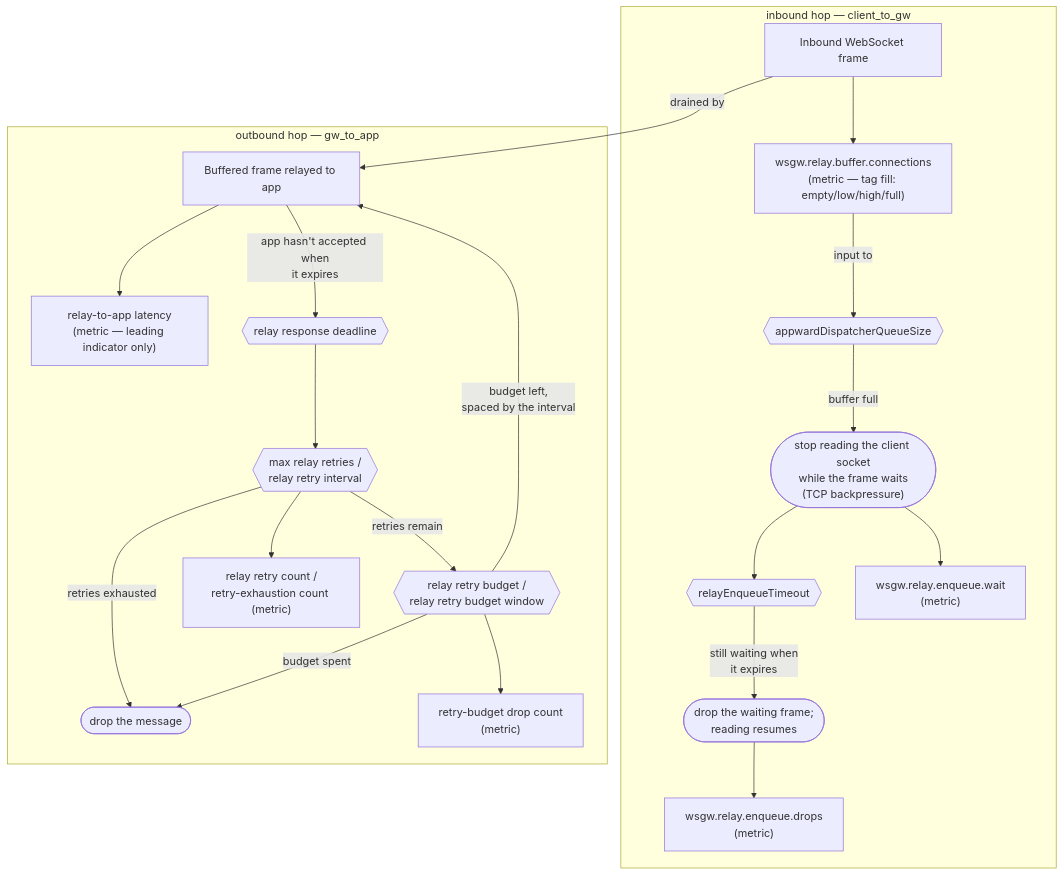
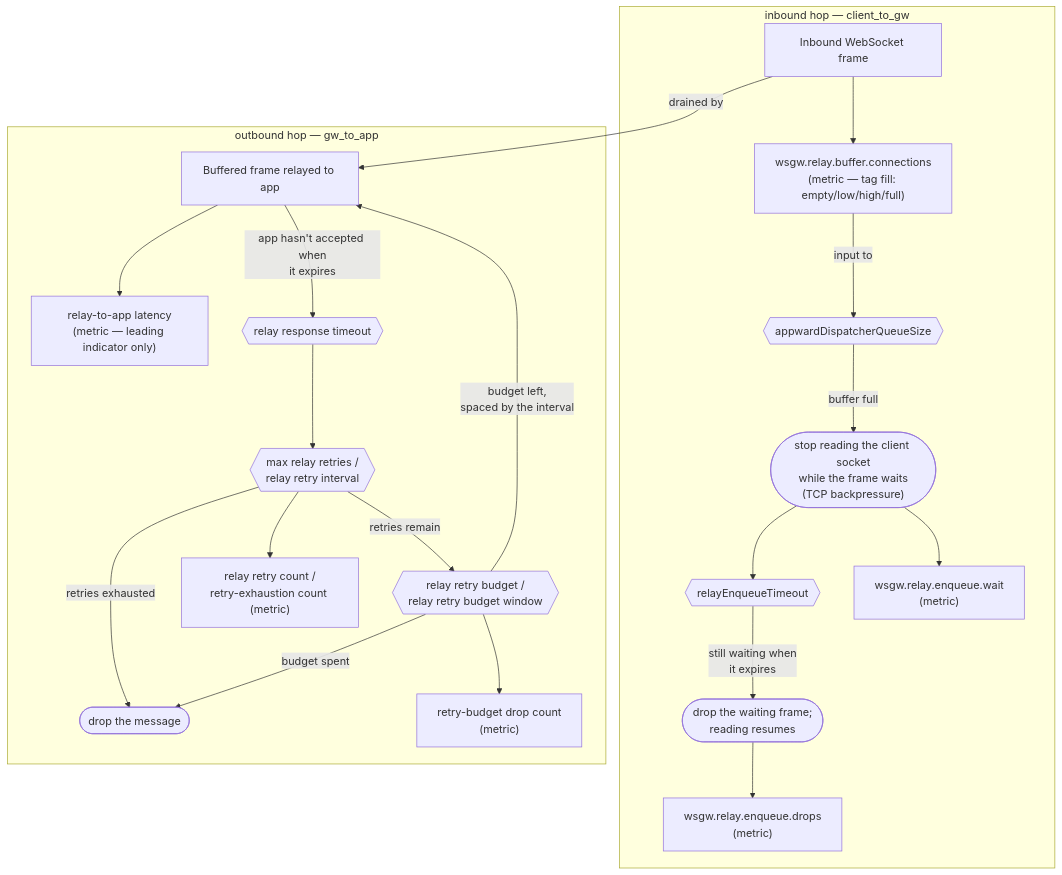
Before and after one commit to pdkovacs/wsgw-jakarta: the fourth of 4 diagrams in docs/backpressure.md, drawn with Mermaid. The commit also changed other lines of this file and 14 other files, not shown here.

````diff
--- a/docs/backpressure.md
+++ b/docs/backpressure.md
@@ -693,30 +701,30 @@
 ```mermaid
 flowchart TD
     subgraph inbound["inbound hop — client_to_gw"]
         E1["Inbound WebSocket frame"]
         ActDrop(["drop the waiting frame;\nreading resumes"])
         E1 --> MetricFill["wsgw.relay.buffer.connections\n(metric — tag fill: empty/low/high/full)"]
         MetricFill -->|"input to"| KnobQueueSize{{"appwardDispatcherQueueSize"}}
         KnobQueueSize -->|"buffer full"| ActStopRead(["stop reading the client socket\nwhile the frame waits\n(TCP backpressure)"])
         ActStopRead --> KnobEnqueueTimeout{{"relayEnqueueTimeout"}}
         KnobEnqueueTimeout -->|"still waiting when\nit expires"| ActDrop
         ActStopRead --> MetricWait["wsgw.relay.enqueue.wait\n(metric)"]
         ActDrop --> MetricDrops["wsgw.relay.enqueue.drops\n(metric)"]
     end
 
     subgraph outbound["outbound hop — gw_to_app"]
         E0["Buffered frame relayed to app"]
         ActDropMessage(["drop the message"])
         E0 --> MetricLatency["relay-to-app latency\n(metric — leading indicator only)"]
-        E0 -->|"app hasn't accepted when\nit expires"| KnobDeadline{{"relay response deadline"}}
-        KnobDeadline --> KnobRetries{{"max relay retries /\nrelay retry interval"}}
+        E0 -->|"app hasn't accepted when\nit expires"| KnobTimeout{{"relay response timeout"}}
+        KnobTimeout --> KnobRetries{{"max relay retries /\nrelay retry interval"}}
         KnobRetries -->|"retries remain"| KnobBudget{{"relay retry budget /\nrelay retry budget window"}}
         KnobBudget -->|"budget left,\nspaced by the interval"| E0
         KnobRetries -->|"retries exhausted"| ActDropMessage
         KnobBudget -->|"budget spent"| ActDropMessage
         KnobRetries --> MetricRetries["relay retry count /\nretry-exhaustion count (metric)"]
         KnobBudget --> MetricBudgetDrops["retry-budget drop count\n(metric)"]
     end
 
     E1 -->|"drained by"| E0
 ```
````
